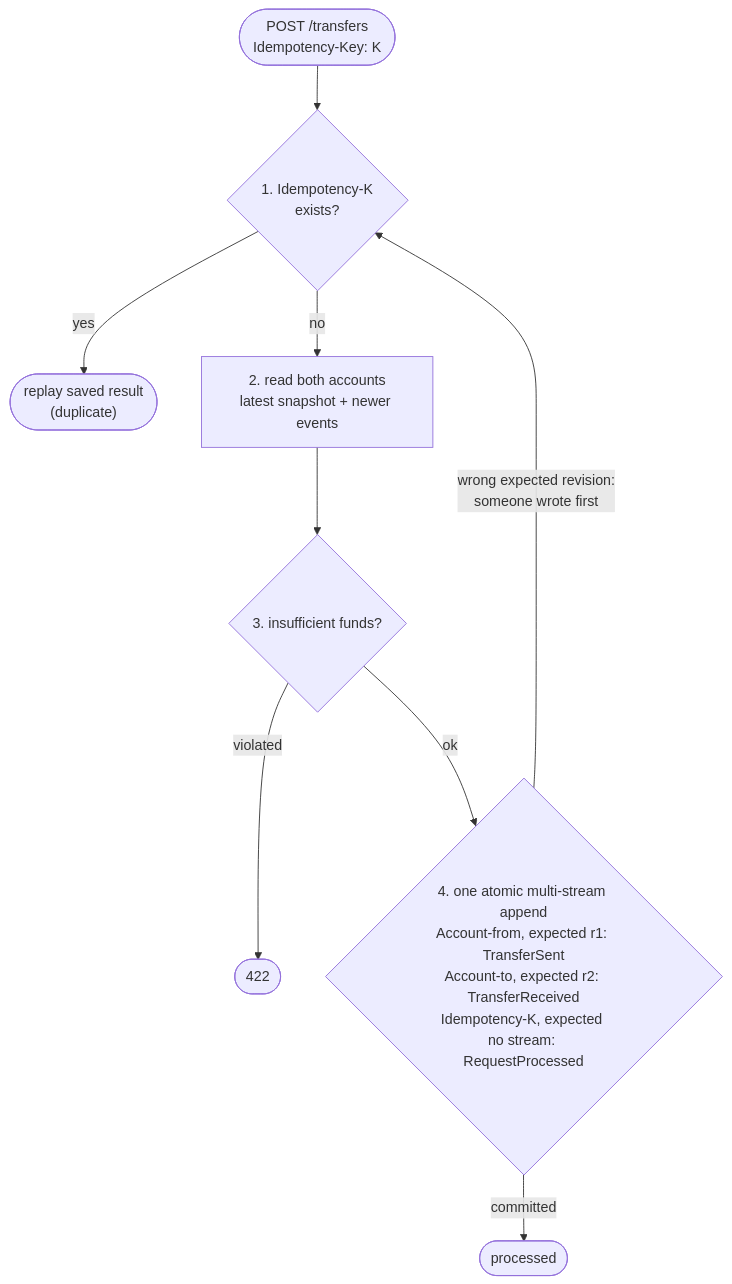
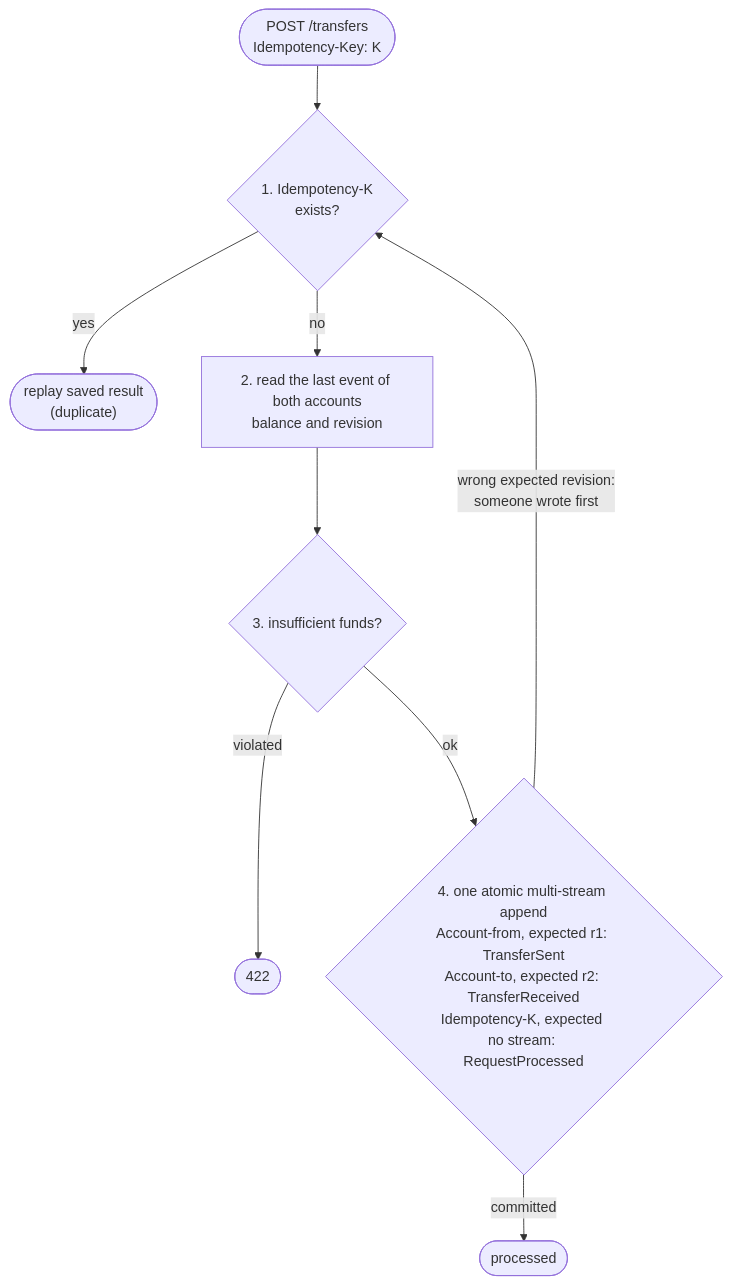
One commit to gianluca-pettenon/idempotent-ledger changed the third of 3 diagrams in README.md. Above: the diagram before and after it, drawn with Mermaid. The commit also changed other lines of this file and 17 other files, not shown here.

````diff
--- a/README.md
+++ b/README.md
@@ -80,20 +81,20 @@
 ```mermaid
 flowchart TD
     start(["POST /transfers<br/>Idempotency-Key: K"])
     key{"1. Idempotency-K<br/>exists?"}
     replay(["replay saved result<br/>(duplicate)"])
-    read["2. read both accounts<br/>latest snapshot + newer events"]
+    read["2. read the last event of both accounts<br/>balance and revision"]
     decide{"3. insufficient funds?"}
     invalid(["422"])
     append{"4. one atomic multi-stream append<br/>Account-from, expected r1: TransferSent<br/>Account-to, expected r2: TransferReceived<br/>Idempotency-K, expected no stream: RequestProcessed"}
     done(["processed"])
 
     start --> key
     key -- "yes" --> replay
     key -- "no" --> read
     read --> decide
     decide -- "violated" --> invalid
     decide -- "ok" --> append
     append -- "committed" --> done
     append -- "wrong expected revision:<br/>someone wrote first" --> key
 ```
````
